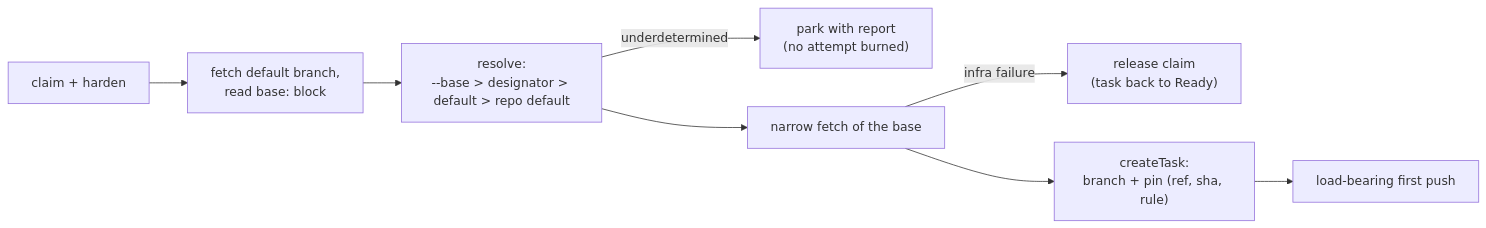
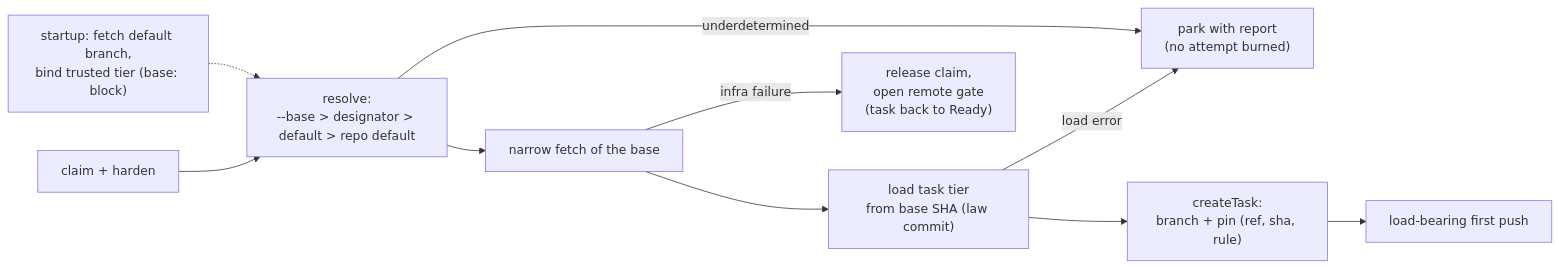
The diagram in openspec/changes/add-base-ref-resolution/design.md (oinsio/gnomish-factory), drawn with Mermaid before and after one commit. The commit also changed other lines of this file and 195 other files, not shown here.

````diff
--- a/openspec/changes/add-base-ref-resolution/design.md
+++ b/openspec/changes/add-base-ref-resolution/design.md
@@ -181,10 +341,12 @@
 ```mermaid
 flowchart LR
-    Claim["claim + harden"] --> Cfg["fetch default branch,<br/>read base: block"]
-    Cfg --> Resolve["resolve:<br/>--base > designator > default > repo default"]
+    Start["startup: fetch default branch,<br/>bind trusted tier (base: block)"] -.-> Resolve
+    Claim["claim + harden"] --> Resolve["resolve:<br/>--base > designator > default > repo default"]
     Resolve -->|underdetermined| Park["park with report<br/>(no attempt burned)"]
     Resolve --> Fetch["narrow fetch of the base"]
-    Fetch -->|infra failure| Release["release claim<br/>(task back to Ready)"]
-    Fetch --> Create["createTask:<br/>branch + pin (ref, sha, rule)"]
+    Fetch -->|infra failure| Release["release claim,<br/>open remote gate<br/>(task back to Ready)"]
+    Fetch --> Law["load task tier<br/>from base SHA (law commit)"]
+    Law -->|load error| Park
+    Law --> Create["createTask:<br/>branch + pin (ref, sha, rule)"]
     Create --> Push["load-bearing first push"]
 ```
````
